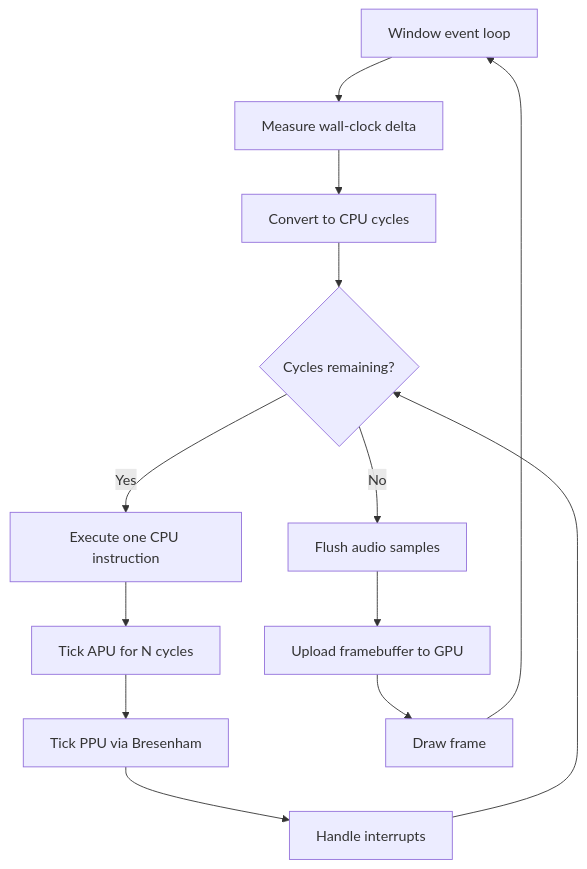
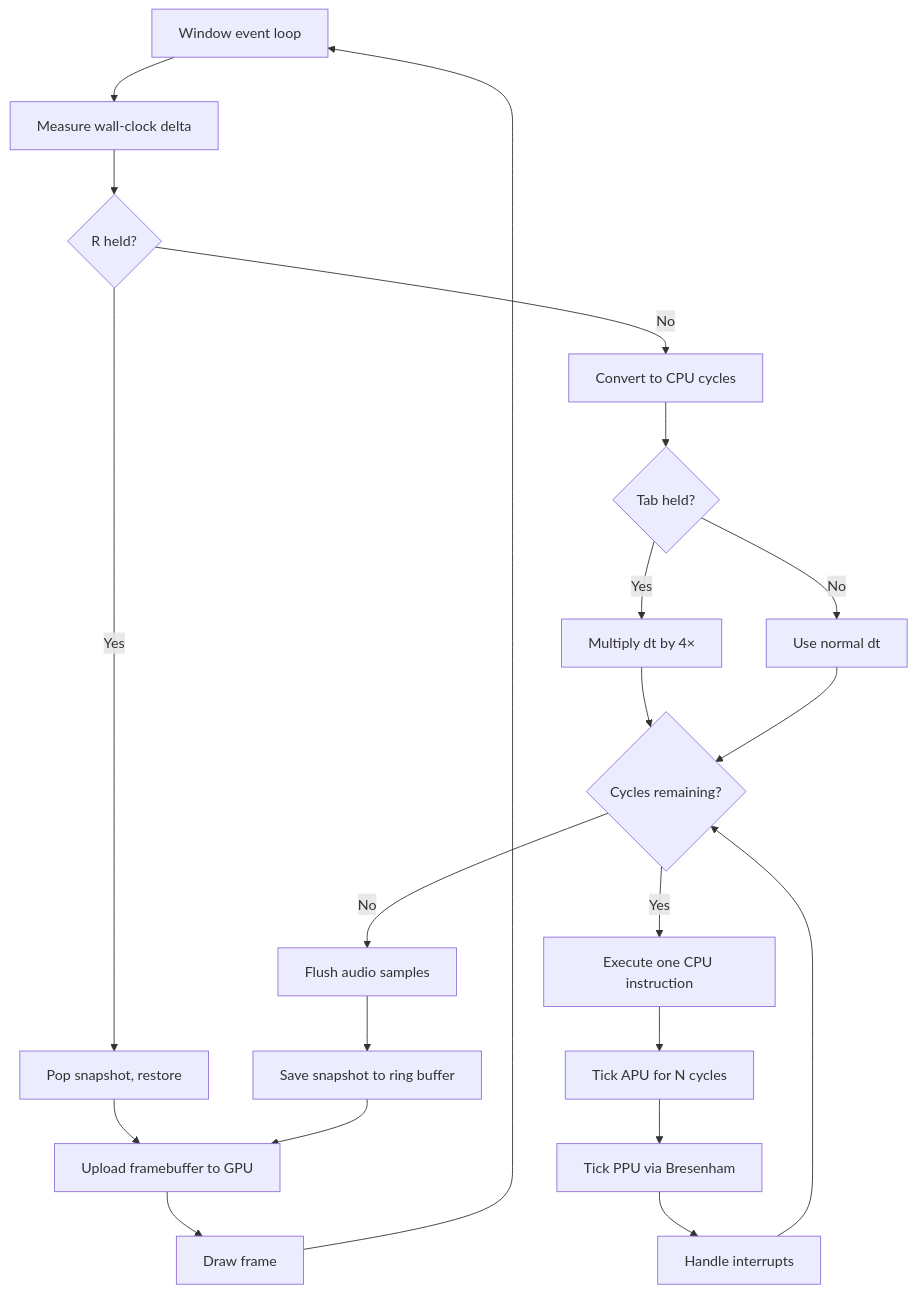
The first of 3 diagrams in docs/src/pipeline/frame-loop.md (kleczkowski/nes-rs), drawn with Mermaid before and after one commit. The commit also changed other lines of this file and 4 other files, not shown here.

````diff
--- a/docs/src/pipeline/frame-loop.md
+++ b/docs/src/pipeline/frame-loop.md
@@ -7,15 +7,23 @@
 ```mermaid
 flowchart TD
     A[Window event loop] --> B[Measure wall-clock delta]
-    B --> C[Convert to CPU cycles]
-    C --> D{Cycles remaining?}
-    D -->|Yes| E[Execute one CPU instruction]
+    B --> RW{R held?}
+    RW -->|Yes| RWR[Pop snapshot, restore]
+    RWR --> J
+    RW -->|No| C[Convert to CPU cycles]
+    C --> FF{Tab held?}
+    FF -->|Yes| FFM["Multiply dt by 4×"]
+    FF -->|No| FFN[Use normal dt]
+    FFM --> D
+    FFN --> D
+    D{Cycles remaining?} -->|Yes| E[Execute one CPU instruction]
     E --> F[Tick APU for N cycles]
     F --> G[Tick PPU via Bresenham]
     G --> H[Handle interrupts]
     H --> D
     D -->|No| I[Flush audio samples]
-    I --> J[Upload framebuffer to GPU]
+    I --> SS[Save snapshot to ring buffer]
+    SS --> J[Upload framebuffer to GPU]
     J --> K[Draw frame]
     K --> A
 ```
````
